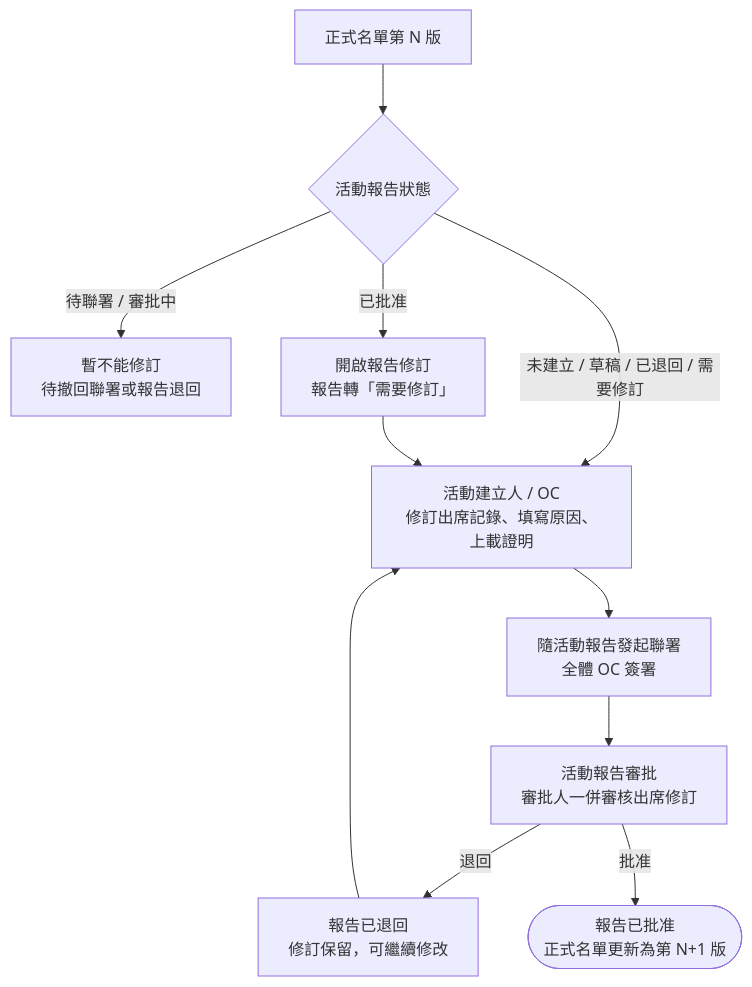
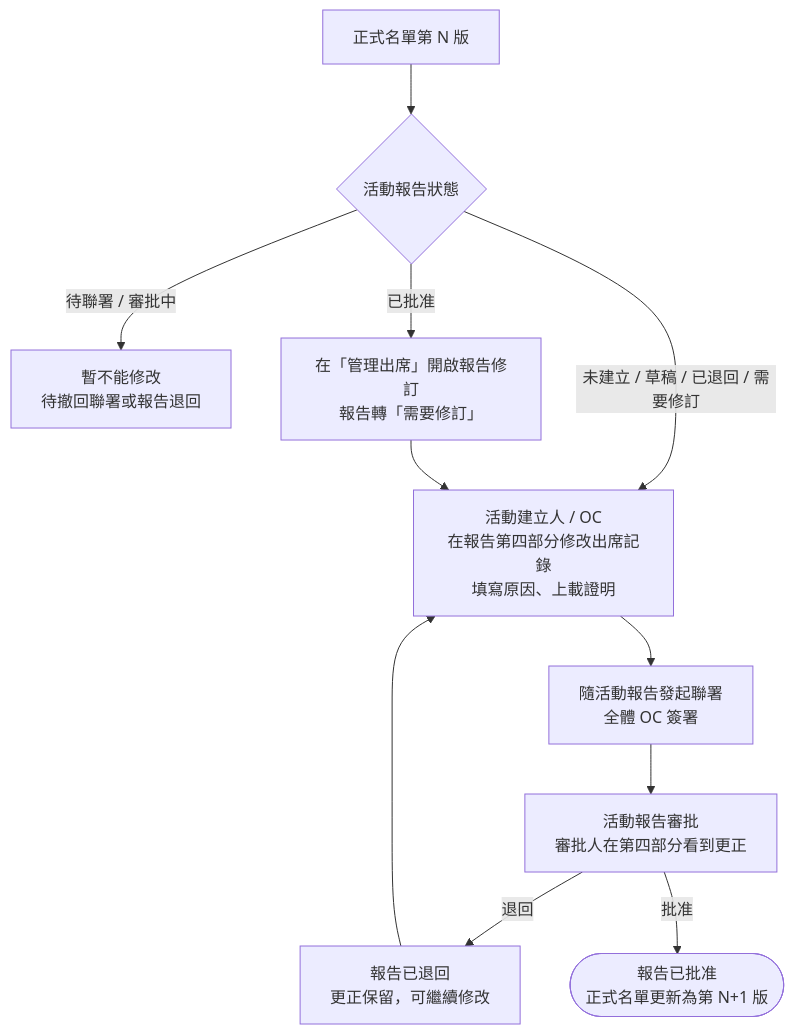
Before and after one commit to OneStar-Projects/SLAS-Docs: the second of 2 diagrams in docs/activity-attendance-guide.md, drawn with Mermaid. The commit also changed other lines of this file and 3 other files, not shown here.

````diff
--- a/docs/activity-attendance-guide.md
+++ b/docs/activity-attendance-guide.md
@@ -91,13 +91,13 @@
 ```mermaid
 flowchart TD
     A[正式名單第 N 版] --> B{活動報告狀態}
-    B -- 未建立 / 草稿 / 已退回 / 需要修訂 --> C[活動建立人 / OC<br/>修訂出席記錄、填寫原因、上載證明]
-    B -- 待聯署 / 審批中 --> L[暫不能修訂<br/>待撤回聯署或報告退回]
-    B -- 已批准 --> O[開啟報告修訂<br/>報告轉「需要修訂」]
+    B -- 未建立 / 草稿 / 已退回 / 需要修訂 --> C[活動建立人 / OC<br/>在報告第四部分修改出席記錄<br/>填寫原因、上載證明]
+    B -- 待聯署 / 審批中 --> L[暫不能修改<br/>待撤回聯署或報告退回]
+    B -- 已批准 --> O[在「管理出席」開啟報告修訂<br/>報告轉「需要修訂」]
     O --> C
     C --> E[隨活動報告發起聯署<br/>全體 OC 簽署]
-    E --> F[活動報告審批<br/>審批人一併審核出席修訂]
-    F -- 退回 --> R[報告已退回<br/>修訂保留，可繼續修改]
+    E --> F[活動報告審批<br/>審批人在第四部分看到更正]
+    F -- 退回 --> R[報告已退回<br/>更正保留，可繼續修改]
     R --> C
     F -- 批准 --> OK([報告已批准<br/>正式名單更新為第 N+1 版])
 ```
````
